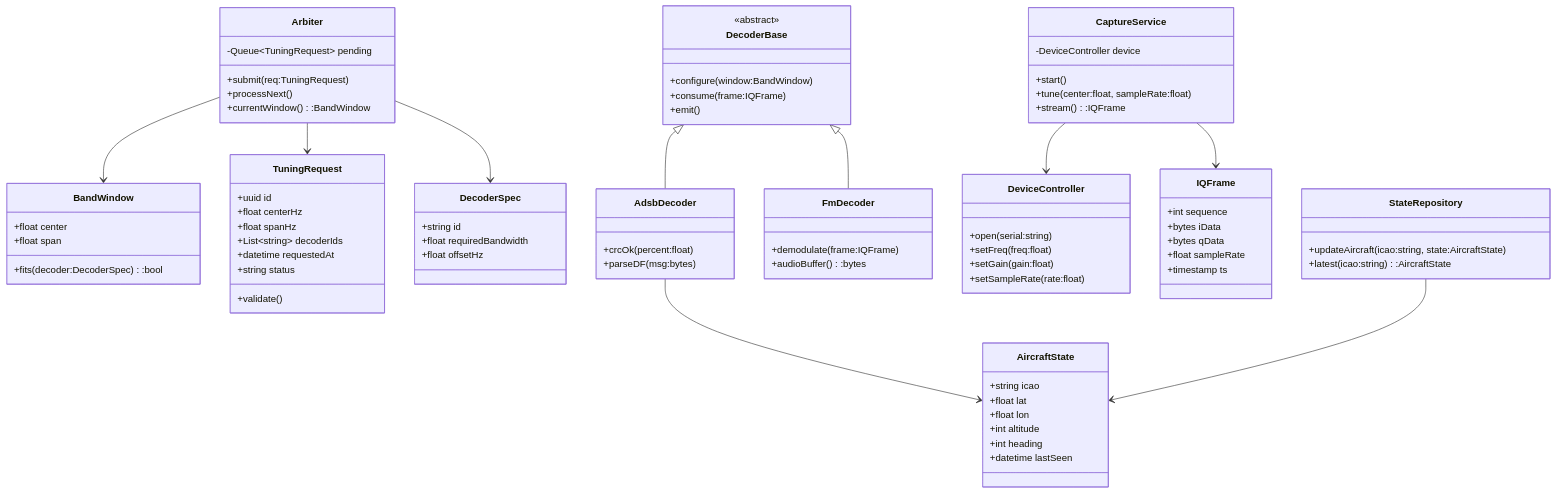
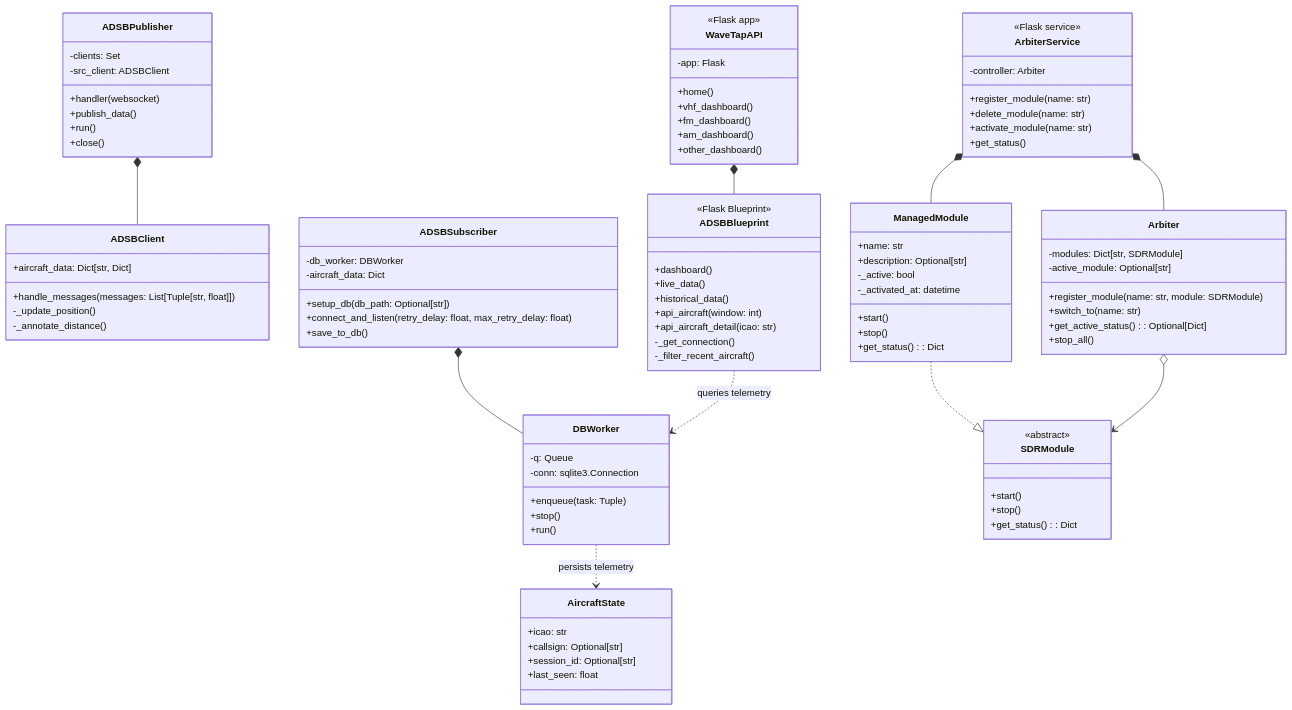
Before and after one commit to bwharris1125/WaveTap_SDR: the diagram in documentation/diagrams/class_domain.mmd, drawn with Mermaid. The commit also changed 12 other files, not shown here.

Commit message:
updated diagrams

```diff
--- a/documentation/diagrams/class_domain.mmd
+++ b/documentation/diagrams/class_domain.mmd
@@ -1,93 +1,113 @@
 classDiagram
+title WaveTap - Class Domain Model
 
-class TuningRequest {
-  +uuid id
-  +float centerHz
-  +float spanHz
-  +List~string~ decoderIds
-  +datetime requestedAt
-  +string status
-  +validate()
+class ADSBClient {
+	+aircraft_data: Dict[str, Dict]
+	+handle_messages(messages: List[Tuple[str, float]])
+	-_update_position()
+	-_annotate_distance()
 }
 
-class Arbiter {
-  -Queue~TuningRequest~ pending
-  +submit(req:TuningRequest)
-  +processNext()
-  +currentWindow():BandWindow
+class ADSBPublisher {
+	+handler(websocket)
+	+publish_data()
+	+run()
+	+close()
+	-clients: Set
+	-src_client: ADSBClient
 }
 
-class BandWindow {
-  +float center
-  +float span
-  +fits(decoder:DecoderSpec):bool
+ADSBPublisher *-- ADSBClient
+
+class ADSBSubscriber {
+	+setup_db(db_path: Optional[str])
+	+connect_and_listen(retry_delay: float, max_retry_delay: float)
+	+save_to_db()
+	-db_worker: DBWorker
+	-aircraft_data: Dict
 }
 
-class DecoderSpec {
-  +string id
-  +float requiredBandwidth
-  +float offsetHz
+class DBWorker {
+	+enqueue(task: Tuple)
+	+stop()
+	+run()
+	-q: Queue
+	-conn: sqlite3.Connection
 }
 
-class IQFrame {
-  +int sequence
-  +bytes iData
-  +bytes qData
-  +float sampleRate
-  +timestamp ts
+ADSBSubscriber *-- DBWorker
+
+class AircraftState {
+	+icao: str
+	+callsign: Optional[str]
+	+session_id: Optional[str]
+	+last_seen: float
 }
 
-class DecoderBase {
-  <<abstract>>
-  +configure(window:BandWindow)
-  +consume(frame:IQFrame)
-  +emit()
+DBWorker ..> AircraftState : persists telemetry
+
+class ManagedModule {
+	+name: str
+	+description: Optional[str]
+	+start()
+	+stop()
+	+get_status(): Dict
+	-_active: bool
+	-_activated_at: datetime
 }
 
-class AdsbDecoder {
-  +crcOk(percent:float)
-  +parseDF(msg:bytes)
+class SDRModule {
+	<<abstract>>
+	+start()
+	+stop()
+	+get_status(): Dict
 }
 
-class FmDecoder {
-  +demodulate(frame:IQFrame)
-  +audioBuffer():bytes
+ManagedModule ..|> SDRModule
+
+class Arbiter {
+	+register_module(name: str, module: SDRModule)
+	+switch_to(name: str)
+	+get_active_status(): Optional[Dict]
+	+stop_all()
+	-modules: Dict[str, SDRModule]
+	-active_module: Optional[str]
 }
 
-class CaptureService {
-  -DeviceController device
-  +start()
-  +tune(center:float, sampleRate:float)
-  +stream():IQFrame
+Arbiter o--> SDRModule
+
+class ArbiterService {
+	<<Flask service>>
+	+register_module(name: str)
+	+delete_module(name: str)
+	+activate_module(name: str)
+	+get_status()
+	-controller: Arbiter
 }
 
-class DeviceController {
-  +open(serial:string)
-  +setFreq(freq:float)
-  +setGain(gain:float)
-  +setSampleRate(rate:float)
+ArbiterService *-- Arbiter
+ArbiterService *-- ManagedModule
+
+class WaveTapAPI {
+	<<Flask app>>
+	+home()
+	+vhf_dashboard()
+	+fm_dashboard()
+	+am_dashboard()
+	+other_dashboard()
+	-app: Flask
 }
 
-class StateRepository {
-  +updateAircraft(icao:string, state:AircraftState)
-  +latest(icao:string):AircraftState
+class ADSBBlueprint {
+	<<Flask Blueprint>>
+	+dashboard()
+	+live_data()
+	+historical_data()
+	+api_aircraft(window: int)
+	+api_aircraft_detail(icao: str)
+	-_get_connection()
+	-_filter_recent_aircraft()
 }
 
-class AircraftState {
-  +string icao
-  +float lat
-  +float lon
-  +int altitude
-  +int heading
-  +datetime lastSeen
-}
-
-Arbiter --> BandWindow
-Arbiter --> TuningRequest
-Arbiter --> DecoderSpec
-CaptureService --> DeviceController
-CaptureService --> IQFrame
-DecoderBase <|-- AdsbDecoder
-DecoderBase <|-- FmDecoder
-AdsbDecoder --> AircraftState
-StateRepository --> AircraftState
+WaveTapAPI *-- ADSBBlueprint
+ADSBBlueprint ..> DBWorker : queries telemetry
```
